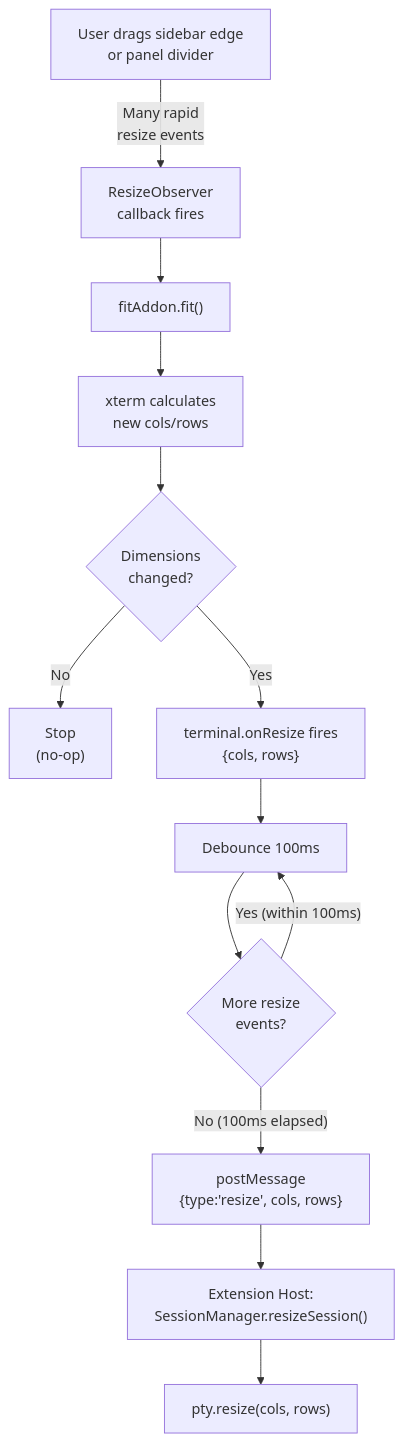
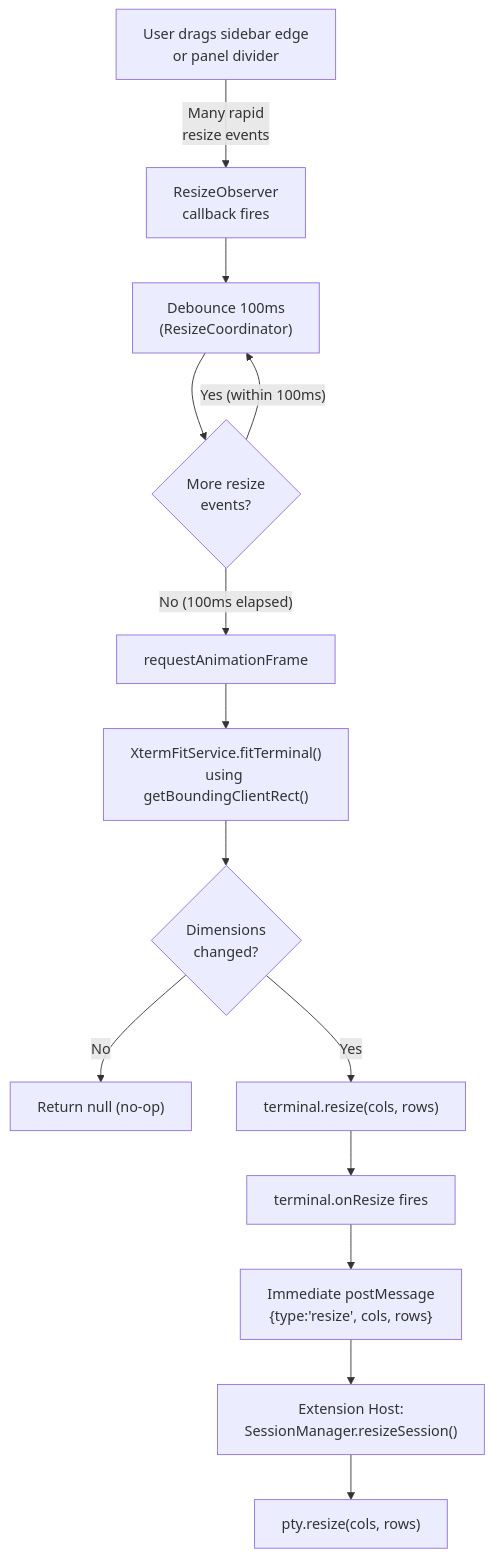
The second of 7 diagrams in docs/design/resize-handling.md (huybuidac/anywhere-terminal), drawn with Mermaid before and after one commit. The commit also changed other lines of this file and 46 other files, not shown here.

Commit message:
refactor: extract terminal factory, split renderer, and flow control into dedicated modules, reducing main.ts to a composition root, and add new webview tests.

````diff
--- a/docs/design/resize-handling.md
+++ b/docs/design/resize-handling.md
@@ -63,15 +63,16 @@
 ```mermaid
 flowchart TD
     A["User drags sidebar edge\nor panel divider"] -->|"Many rapid\nresize events"| B["ResizeObserver\ncallback fires"]
-    B --> C["fitAddon.fit()"]
-    C --> D["xterm calculates\nnew cols/rows"]
-    D --> E{"Dimensions\nchanged?"}
-    E -->|No| F["Stop\n(no-op)"]
-    E -->|Yes| G["terminal.onResize fires\n{cols, rows}"]
-    G --> H["Debounce 100ms"]
-    H --> I{"More resize\nevents?"}
-    I -->|"Yes (within 100ms)"| H
-    I -->|"No (100ms elapsed)"| J["postMessage\n{type:'resize', cols, rows}"]
-    J --> K["Extension Host:\nSessionManager.resizeSession()"]
-    K --> L["pty.resize(cols, rows)"]
+    B --> C["Debounce 100ms\n(ResizeCoordinator)"]
+    C --> D{"More resize\nevents?"}
+    D -->|"Yes (within 100ms)"| C
+    D -->|"No (100ms elapsed)"| E["requestAnimationFrame"]
+    E --> F["XtermFitService.fitTerminal()\nusing getBoundingClientRect()"]
+    F --> G{"Dimensions\nchanged?"}
+    G -->|No| H["Return null (no-op)"]
+    G -->|Yes| I["terminal.resize(cols, rows)"]
+    I --> J["terminal.onResize fires"]
+    J --> K["Immediate postMessage\n{type:'resize', cols, rows}"]
+    K --> L["Extension Host:\nSessionManager.resizeSession()"]
+    L --> M["pty.resize(cols, rows)"]
 ```
````
